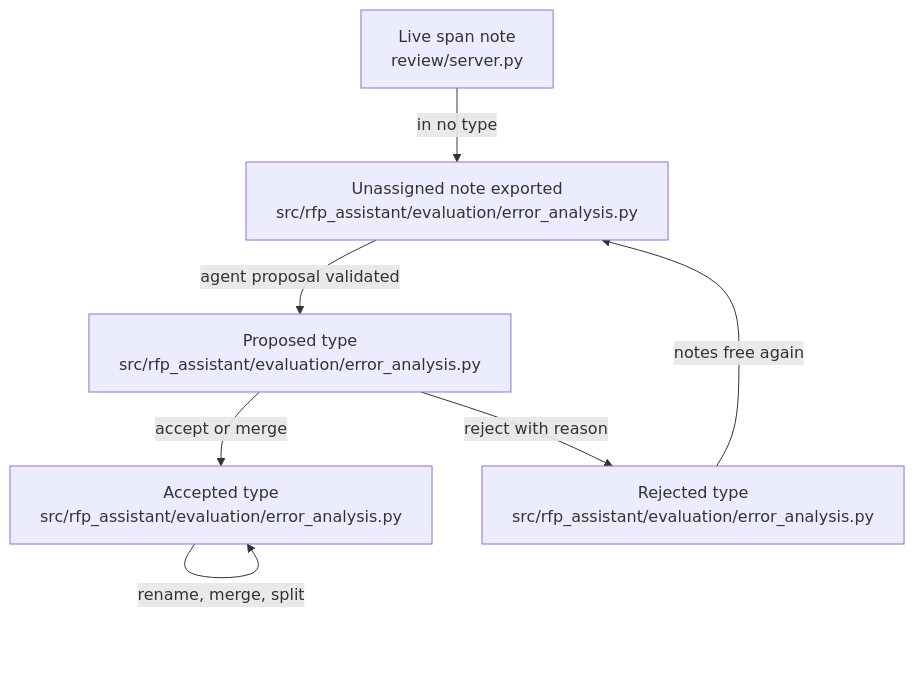
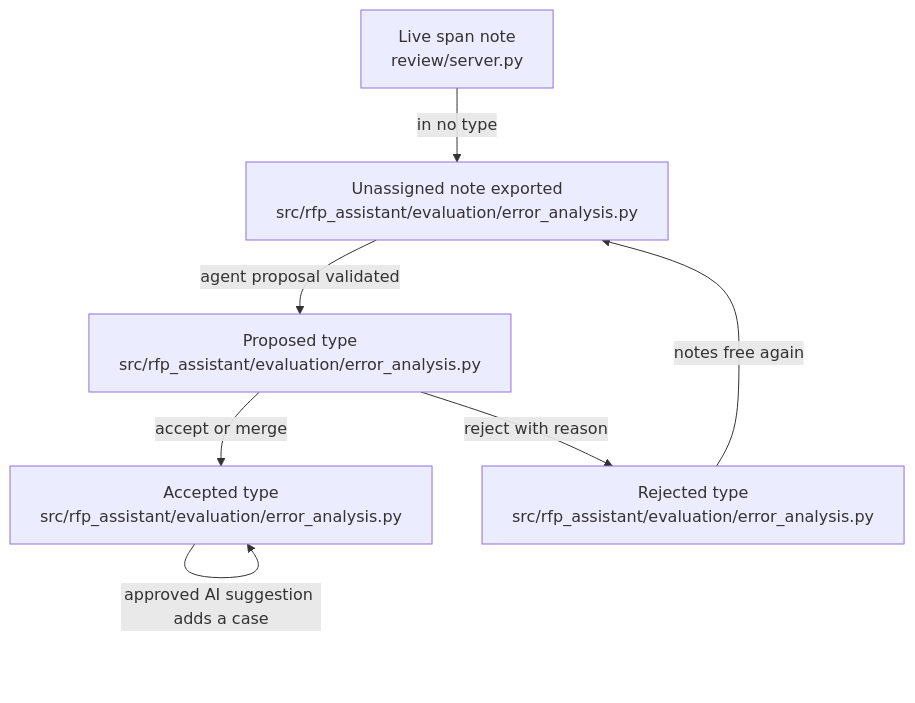
One commit to littleeeeebit/project-codeit-mid changed the diagram in .omm/state-transitions/taxonomy-states/diagram.mmd. Above: the diagram before and after it, drawn with Mermaid. The commit also changed 13 other files, not shown here.

Commit message:
Record the similar-case proposal walk and document the flow

```diff
--- a/.omm/state-transitions/taxonomy-states/diagram.mmd
+++ b/.omm/state-transitions/taxonomy-states/diagram.mmd
@@ -1,12 +1,13 @@
 graph TD
   live-note["Live span note\nreview/server.py"]
   unassigned-note["Unassigned note exported\nsrc/rfp_assistant/evaluation/error_analysis.py"]
   proposed-type["Proposed type\nsrc/rfp_assistant/evaluation/error_analysis.py"]
   accepted-type["Accepted type\nsrc/rfp_assistant/evaluation/error_analysis.py"]
   rejected-type["Rejected type\nsrc/rfp_assistant/evaluation/error_analysis.py"]
   live-note -->|in no type| unassigned-note
   unassigned-note -->|agent proposal validated| proposed-type
   proposed-type -->|accept or merge| accepted-type
   proposed-type -->|reject with reason| rejected-type
   rejected-type -->|notes free again| unassigned-note
   accepted-type -->|rename, merge, split| accepted-type
+  accepted-type -->|approved AI suggestion adds a case| accepted-type
```
